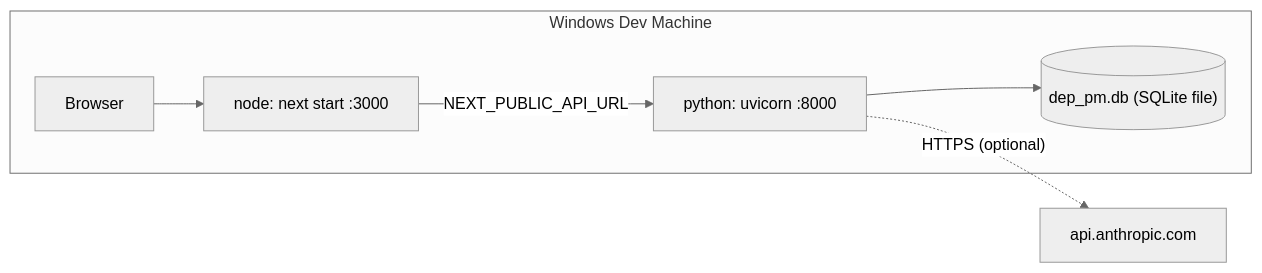
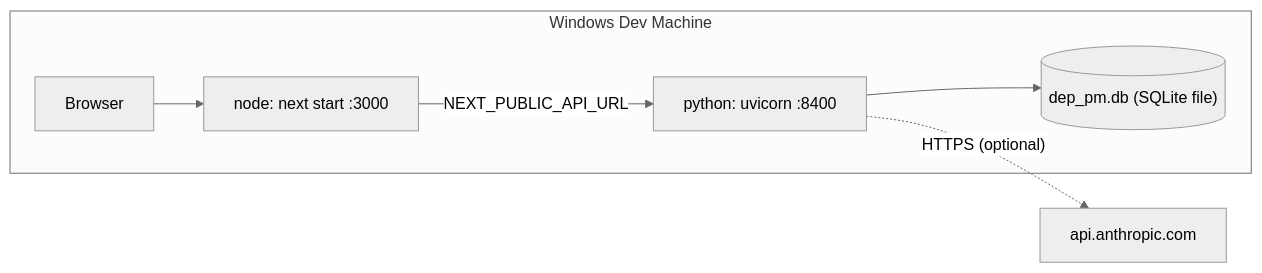
Before and after one commit to ohho2518/d_DEP-PM_Platform: the third of 4 diagrams in docs/ARCHITECTURE.md, drawn with Mermaid (neutral theme). The commit also changed other lines of this file and 15 other files, not shown here.

````diff
--- a/docs/ARCHITECTURE.md
+++ b/docs/ARCHITECTURE.md
@@ -163,9 +163,9 @@
 ```mermaid
 flowchart LR
     subgraph DevMachine["Windows Dev Machine"]
         BROWSER[Browser] --> NEXT["node: next start :3000"]
-        NEXT -->|"NEXT_PUBLIC_API_URL"| UVI["python: uvicorn :8000"]
+        NEXT -->|"NEXT_PUBLIC_API_URL"| UVI["python: uvicorn :8400"]
         UVI --> SQLITE[("dep_pm.db (SQLite file)")]
     end
     UVI -.->|"HTTPS (optional)"| ANTH["api.anthropic.com"]
 ```
````
